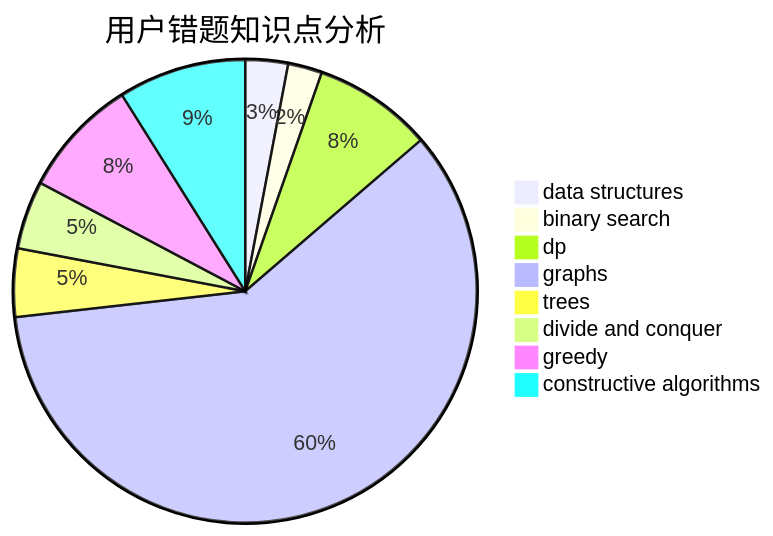
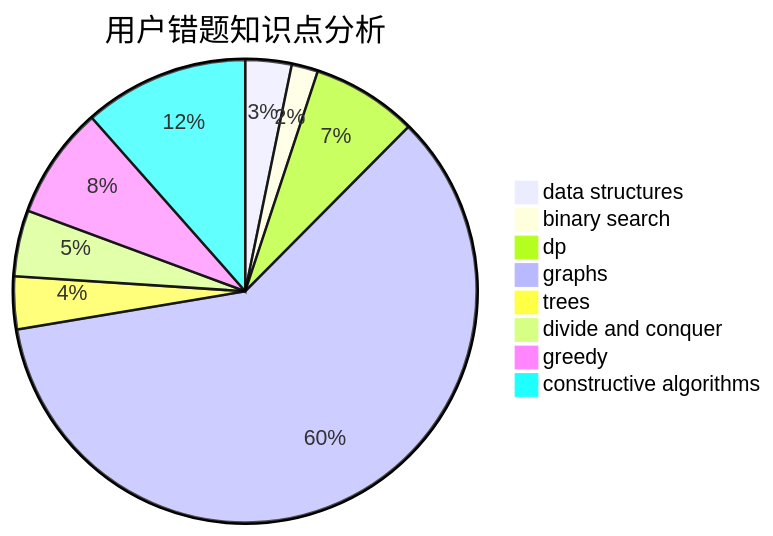
One commit to sherpahu/cfrs.github.io changed the third of 3 diagrams in docs/user/u1910.md. Above: the diagram before and after it, drawn with Mermaid. The commit also changed other lines of this file and 2770 other files, not shown here.

````diff
--- a/docs/user/u1910.md
+++ b/docs/user/u1910.md
@@ -36,11 +36,11 @@
 ```mermaid
 pie title 用户错题知识点分析
-    "data structures" :  5
+    "data structures" :  7
     "binary search" :  4
-    "dp" :  14
-    "graphs" :  100
+    "dp" :  16
+    "graphs" :  130
     "trees" :  8
-    "divide and conquer" :  8
-    "greedy" :  14
-    "constructive algorithms" :  15
+    "divide and conquer" :  10
+    "greedy" :  17
+    "constructive algorithms" :  25
 ```
````
